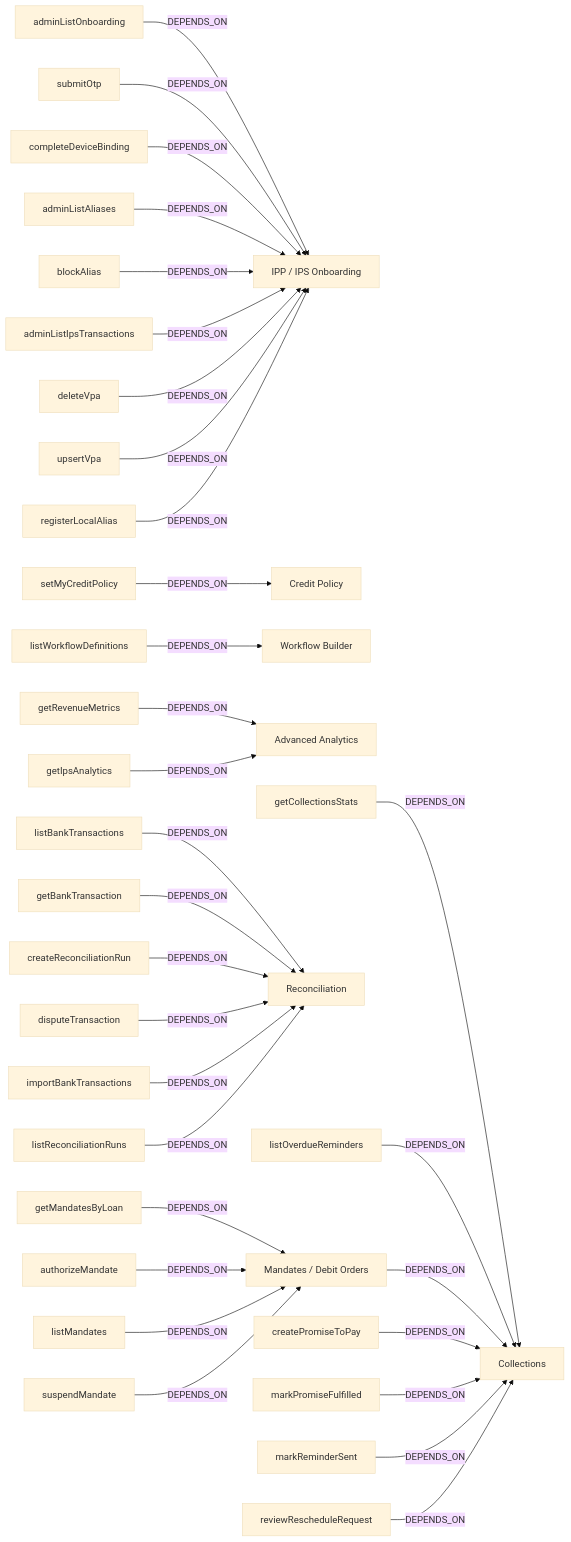
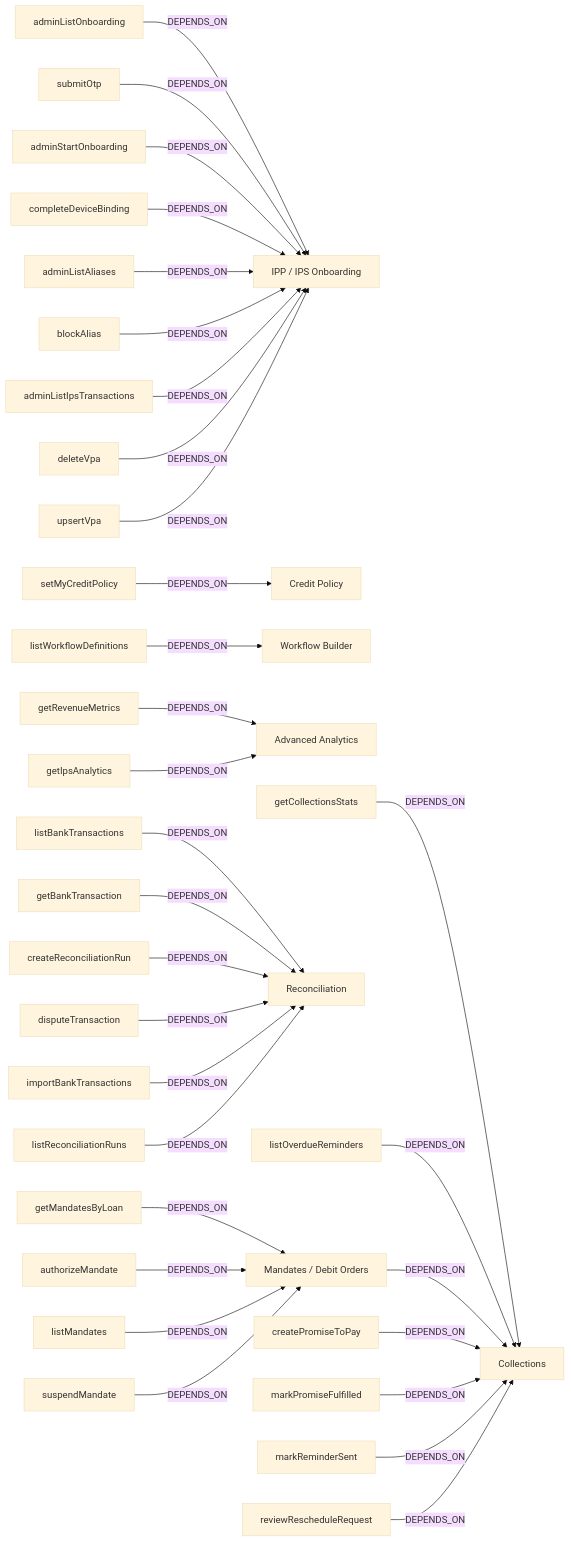
The second of 6 diagrams in ontology/graph.md (DKTony/namlend-trust-portal-v220), drawn with Mermaid (base theme) before and after one commit. The commit also changed other lines of this file and 72 other files, not shown here.

````diff
--- a/ontology/graph.md
+++ b/ontology/graph.md
@@ -95,69 +95,69 @@
 ```mermaid
 flowchart LR
   n_function_convex_ips_ipsOnboarding_adminListOnboarding["adminListOnboarding"]
   n_feature_ippOnboarding["IPP / IPS Onboarding"]
   n_function_convex_tenantConfig_setMyCreditPolicy["setMyCreditPolicy"]
   n_feature_creditPolicy["Credit Policy"]
   n_function_convex_ips_ipsOnboarding_submitOtp["submitOtp"]
+  n_function_convex_ips_ipsOnboarding_adminStartOnboarding["adminStartOnboarding"]
   n_function_convex_approvalWorkflow_listWorkflowDefinitions["listWorkflowDefinitions"]
   n_feature_workflows["Workflow Builder"]
   n_function_convex_analytics_getRevenueMetrics["getRevenueMetrics"]
   n_feature_advancedAnalytics["Advanced Analytics"]
   n_function_convex_collections_getCollectionsStats["getCollectionsStats"]
   n_feature_collections["Collections"]
   n_function_convex_reconciliation_listBankTransactions["listBankTransactions"]
   n_feature_tenantReconciliation["Reconciliation"]
   n_function_convex_reconciliation_getBankTransaction["getBankTransaction"]
   n_function_convex_reconciliation_createReconciliationRun["createReconciliationRun"]
   n_function_convex_ips_ipsOnboarding_completeDeviceBinding["completeDeviceBinding"]
   n_function_convex_ontology_mandates_getMandatesByLoan["getMandatesByLoan"]
   n_feature_mandates["Mandates / Debit Orders"]
   n_function_convex_analytics_getIpsAnalytics["getIpsAnalytics"]
   n_function_convex_collections_listOverdueReminders["listOverdueReminders"]
   n_function_convex_collections_createPromiseToPay["createPromiseToPay"]
   n_function_convex_collections_markPromiseFulfilled["markPromiseFulfilled"]
   n_function_convex_ips_ipsAliasDirectory_adminListAliases["adminListAliases"]
   n_function_convex_reconciliation_disputeTransaction["disputeTransaction"]
   n_function_convex_ontology_mandates_authorizeMandate["authorizeMandate"]
   n_function_convex_ips_ipsAliasDirectory_blockAlias["blockAlias"]
   n_function_convex_ontology_mandates_listMandates["listMandates"]
   n_function_convex_collections_markReminderSent["markReminderSent"]
   n_function_convex_ips_ipsTransactions_adminListIpsTransactions["adminListIpsTransactions"]
   n_function_convex_collections_reviewRescheduleRequest["reviewRescheduleRequest"]
   n_function_convex_ips_ipsVpa_deleteVpa["deleteVpa"]
   n_function_convex_reconciliation_importBankTransactions["importBankTransactions"]
   n_function_convex_reconciliation_listReconciliationRuns["listReconciliationRuns"]
   n_function_convex_ontology_mandates_suspendMandate["suspendMandate"]
   n_function_convex_ips_ipsVpa_upsertVpa["upsertVpa"]
-  n_function_convex_ips_ipsAliasDirectory_registerLocalAlias["registerLocalAlias"]
   n_function_convex_ips_ipsOnboarding_adminListOnboarding -- "DEPENDS_ON" --> n_feature_ippOnboarding
   n_function_convex_tenantConfig_setMyCreditPolicy -- "DEPENDS_ON" --> n_feature_creditPolicy
   n_function_convex_ips_ipsOnboarding_submitOtp -- "DEPENDS_ON" --> n_feature_ippOnboarding
+  n_function_convex_ips_ipsOnboarding_adminStartOnboarding -- "DEPENDS_ON" --> n_feature_ippOnboarding
   n_function_convex_approvalWorkflow_listWorkflowDefinitions -- "DEPENDS_ON" --> n_feature_workflows
   n_function_convex_analytics_getRevenueMetrics -- "DEPENDS_ON" --> n_feature_advancedAnalytics
   n_function_convex_collections_getCollectionsStats -- "DEPENDS_ON" --> n_feature_collections
   n_function_convex_reconciliation_listBankTransactions -- "DEPENDS_ON" --> n_feature_tenantReconciliation
   n_function_convex_reconciliation_getBankTransaction -- "DEPENDS_ON" --> n_feature_tenantReconciliation
   n_function_convex_reconciliation_createReconciliationRun -- "DEPENDS_ON" --> n_feature_tenantReconciliation
   n_function_convex_ips_ipsOnboarding_completeDeviceBinding -- "DEPENDS_ON" --> n_feature_ippOnboarding
   n_function_convex_ontology_mandates_getMandatesByLoan -- "DEPENDS_ON" --> n_feature_mandates
   n_function_convex_analytics_getIpsAnalytics -- "DEPENDS_ON" --> n_feature_advancedAnalytics
   n_function_convex_collections_listOverdueReminders -- "DEPENDS_ON" --> n_feature_collections
   n_feature_mandates -- "DEPENDS_ON" --> n_feature_collections
   n_function_convex_collections_createPromiseToPay -- "DEPENDS_ON" --> n_feature_collections
   n_function_convex_collections_markPromiseFulfilled -- "DEPENDS_ON" --> n_feature_collections
   n_function_convex_ips_ipsAliasDirectory_adminListAliases -- "DEPENDS_ON" --> n_feature_ippOnboarding
   n_function_convex_reconciliation_disputeTransaction -- "DEPENDS_ON" --> n_feature_tenantReconciliation
   n_function_convex_ontology_mandates_authorizeMandate -- "DEPENDS_ON" --> n_feature_mandates
   n_function_convex_ips_ipsAliasDirectory_blockAlias -- "DEPENDS_ON" --> n_feature_ippOnboarding
   n_function_convex_ontology_mandates_listMandates -- "DEPENDS_ON" --> n_feature_mandates
   n_function_convex_collections_markReminderSent -- "DEPENDS_ON" --> n_feature_collections
   n_function_convex_ips_ipsTransactions_adminListIpsTransactions -- "DEPENDS_ON" --> n_feature_ippOnboarding
   n_function_convex_collections_reviewRescheduleRequest -- "DEPENDS_ON" --> n_feature_collections
   n_function_convex_ips_ipsVpa_deleteVpa -- "DEPENDS_ON" --> n_feature_ippOnboarding
   n_function_convex_reconciliation_importBankTransactions -- "DEPENDS_ON" --> n_feature_tenantReconciliation
   n_function_convex_reconciliation_listReconciliationRuns -- "DEPENDS_ON" --> n_feature_tenantReconciliation
   n_function_convex_ontology_mandates_suspendMandate -- "DEPENDS_ON" --> n_feature_mandates
   n_function_convex_ips_ipsVpa_upsertVpa -- "DEPENDS_ON" --> n_feature_ippOnboarding
-  n_function_convex_ips_ipsAliasDirectory_registerLocalAlias -- "DEPENDS_ON" --> n_feature_ippOnboarding
 ```
````
